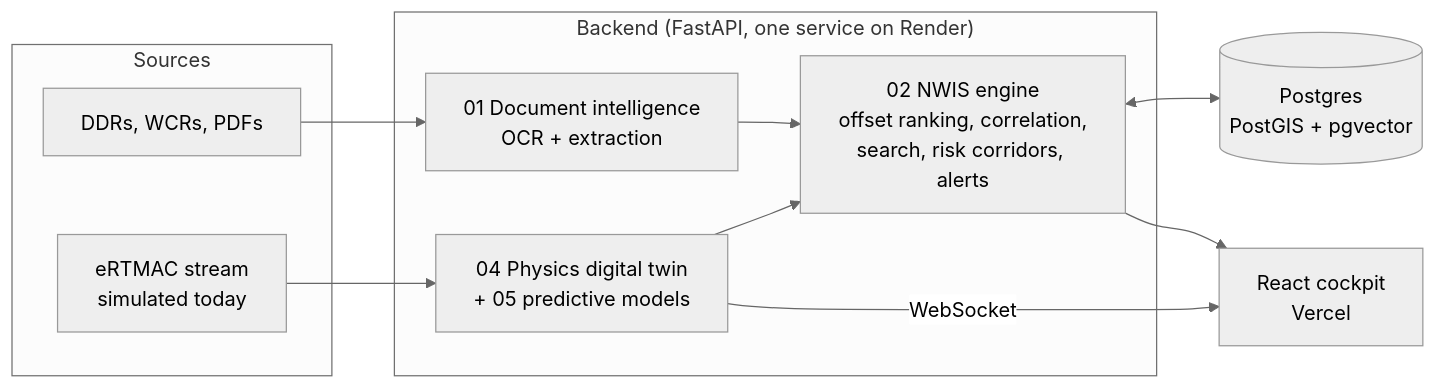
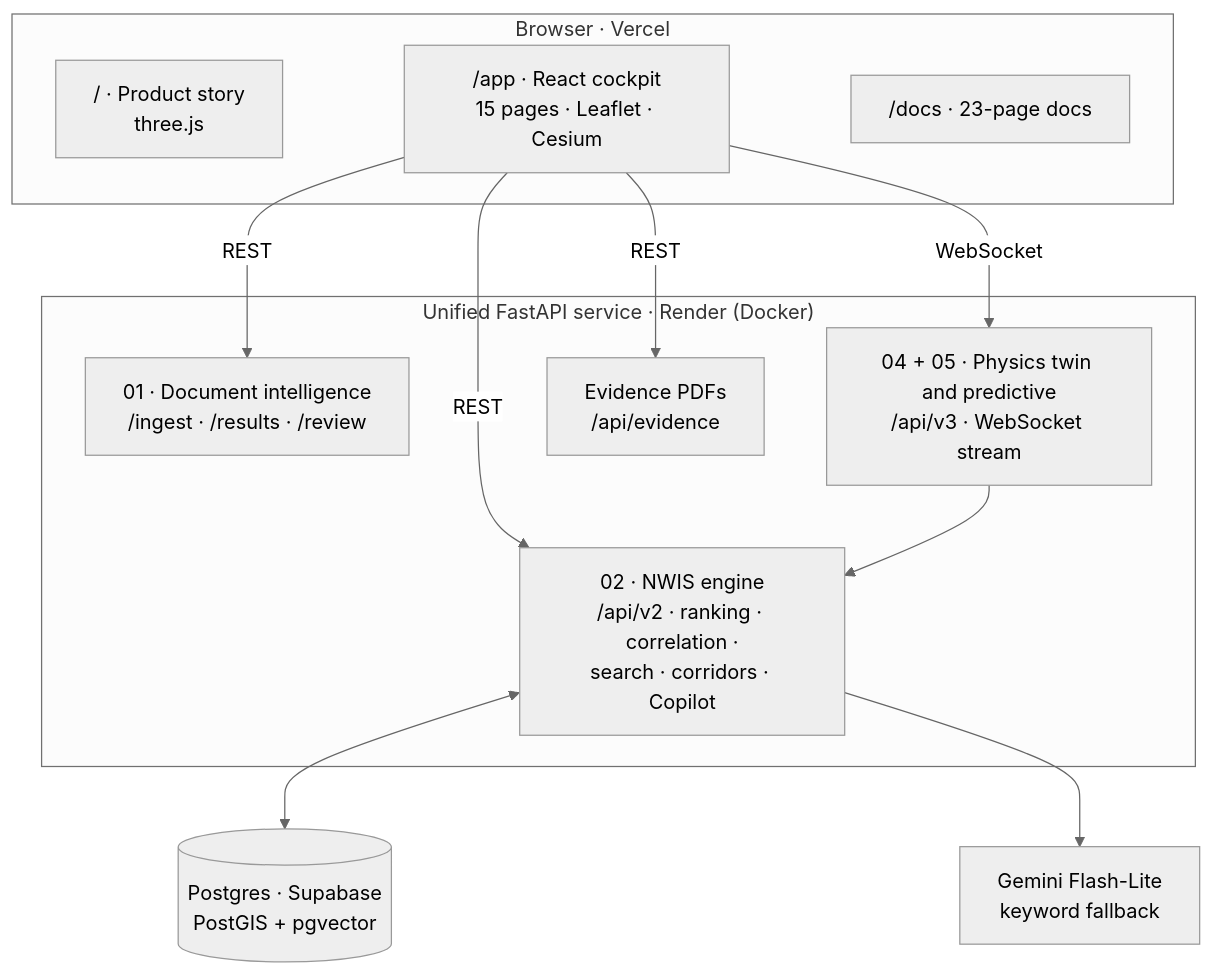
Before and after one commit to Laukikrathod2007/SIH_121: the second of 2 diagrams in README.md, drawn with Mermaid (neutral theme). The commit also changed other lines of this file and 8 other files, not shown here.

````diff
--- a/README.md
+++ b/README.md
@@ -77,19 +195,21 @@
 ```mermaid
-flowchart LR
-  subgraph Sources
-    R[DDRs, WCRs, PDFs]
-    E[eRTMAC stream<br/>simulated today]
+flowchart TB
+  subgraph Client["Browser · Vercel"]
+    S["/ · Product story<br/>three.js"]
+    APP["/app · React cockpit<br/>15 pages · Leaflet · Cesium"]
+    DOC["/docs · 23-page docs"]
   end
-  subgraph Backend["Backend (FastAPI, one service on Render)"]
-    M1[01 Document intelligence<br/>OCR + extraction]
-    M2[02 NWIS engine<br/>offset ranking, correlation,<br/>search, risk corridors, alerts]
-    M4[04 Physics digital twin<br/>+ 05 predictive models]
+  subgraph API["Unified FastAPI service · Render (Docker)"]
+    M1["01 · Document intelligence<br/>/ingest · /results · /review"]
+    M2["02 · NWIS engine<br/>/api/v2 · ranking · correlation ·<br/>search · corridors · Copilot"]
+    M4["04 + 05 · Physics twin and predictive<br/>/api/v3 · WebSocket stream"]
+    EV["Evidence PDFs<br/>/api/evidence"]
   end
-  DB[(Postgres<br/>PostGIS + pgvector)]
-  FE[React cockpit<br/>Vercel]
-  R --> M1 --> M2
-  E --> M4 --> M2
+  DB[("Postgres · Supabase<br/>PostGIS + pgvector")]
+  LLM["Gemini Flash-Lite<br/>keyword fallback"]
+  APP -- REST --> M1 & M2 & EV
+  APP -- WebSocket --> M4
   M2 <--> DB
-  M2 --> FE
-  M4 -- WebSocket --> FE
+  M2 --> LLM
+  M4 --> M2
 ```
````
